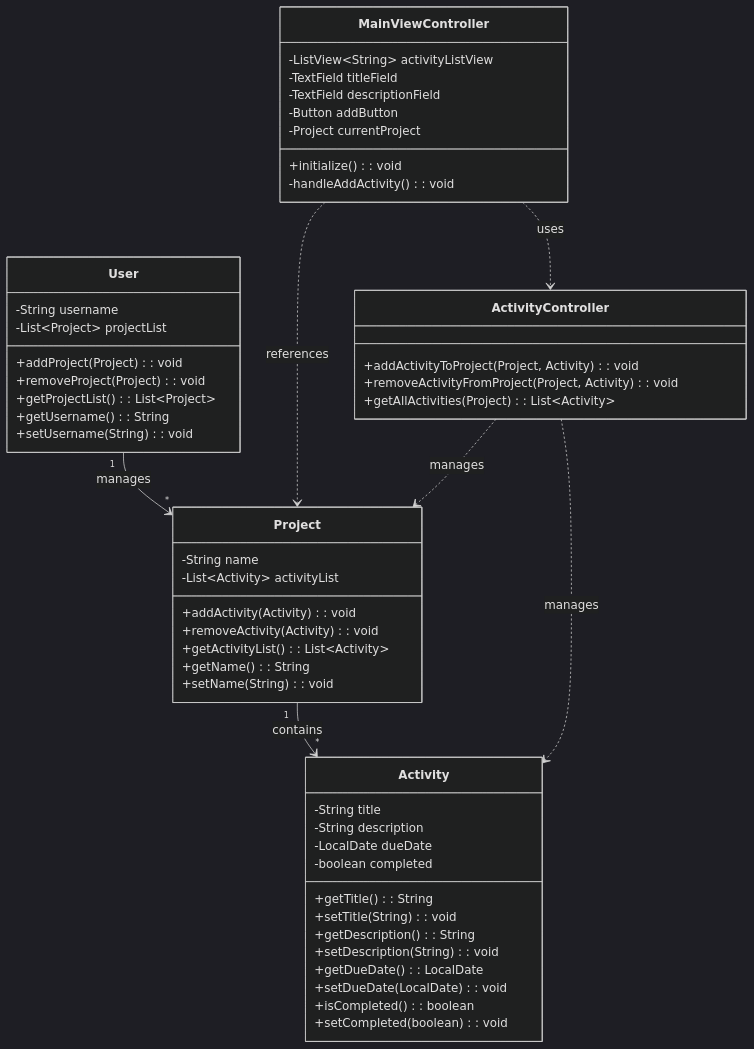
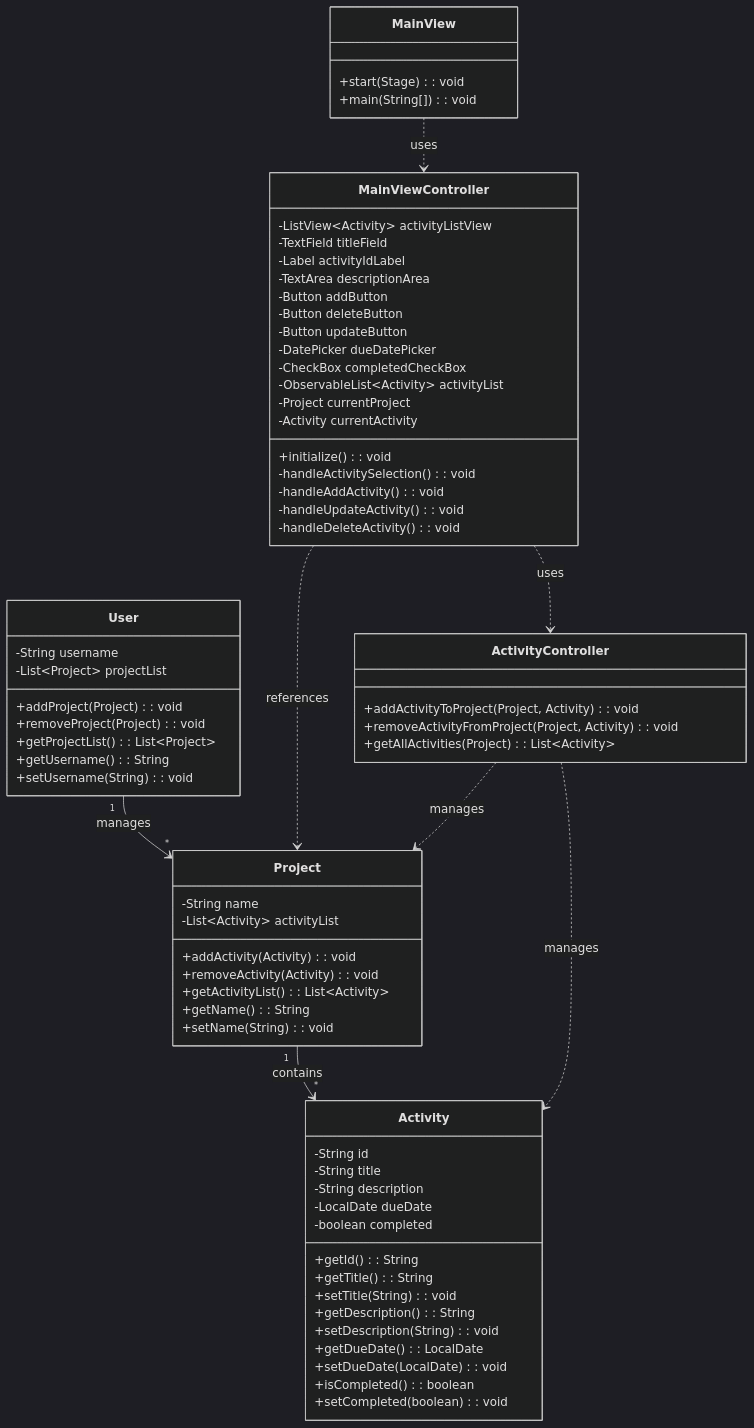
One commit to LulaksDE/ActivityManagement changed the diagram in README.md. Above: the diagram before and after it, drawn with Mermaid (dark theme). The commit also changed other lines of this file, not shown here.

Commit message:
Updated UML and Label TODO

````diff
--- a/README.md
+++ b/README.md
@@ -15,62 +15,79 @@
 ``` mermaid
 
 classDiagram
     class Activity {
+        -String id
         -String title
         -String description
         -LocalDate dueDate
         -boolean completed
+        +getId(): String
         +getTitle(): String
         +setTitle(String): void
         +getDescription(): String
         +setDescription(String): void
         +getDueDate(): LocalDate
         +setDueDate(LocalDate): void
         +isCompleted(): boolean
         +setCompleted(boolean): void
     }
 
     class Project {
         -String name
         -List~Activity~ activityList
         +addActivity(Activity): void
         +removeActivity(Activity): void
         +getActivityList(): List~Activity~
         +getName(): String
         +setName(String): void
     }
 
     class User {
         -String username
         -List~Project~ projectList
         +addProject(Project): void
         +removeProject(Project): void
         +getProjectList(): List~Project~
         +getUsername(): String
         +setUsername(String): void
     }
 
     class ActivityController {
         +addActivityToProject(Project, Activity): void
         +removeActivityFromProject(Project, Activity): void
         +getAllActivities(Project): List~Activity~
     }
 
     class MainViewController {
-        -ListView~String~ activityListView
+        -ListView~Activity~ activityListView
         -TextField titleField
-        -TextField descriptionField
+        -Label activityIdLabel
+        -TextArea descriptionArea
         -Button addButton
+        -Button deleteButton
+        -Button updateButton
+        -DatePicker dueDatePicker
+        -CheckBox completedCheckBox
+        -ObservableList~Activity~ activityList
         -Project currentProject
+        -Activity currentActivity
         +initialize(): void
+        -handleActivitySelection(): void
         -handleAddActivity(): void
+        -handleUpdateActivity(): void
+        -handleDeleteActivity(): void
+    }
+
+    class MainView {
+        +start(Stage): void
+        +main(String[]): void
     }
 
     Project "1" --> "*" Activity : contains
     User "1" --> "*" Project : manages
     ActivityController ..> Activity : manages
     ActivityController ..> Project : manages
     MainViewController ..> ActivityController : uses
     MainViewController ..> Project : references
-
+    MainView ..> MainViewController : uses
 ```
````
